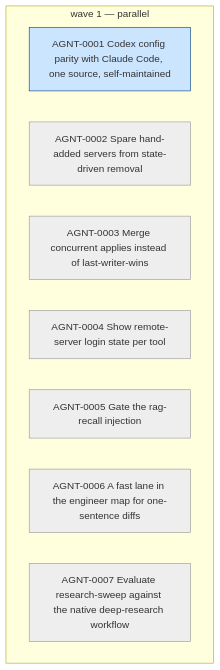
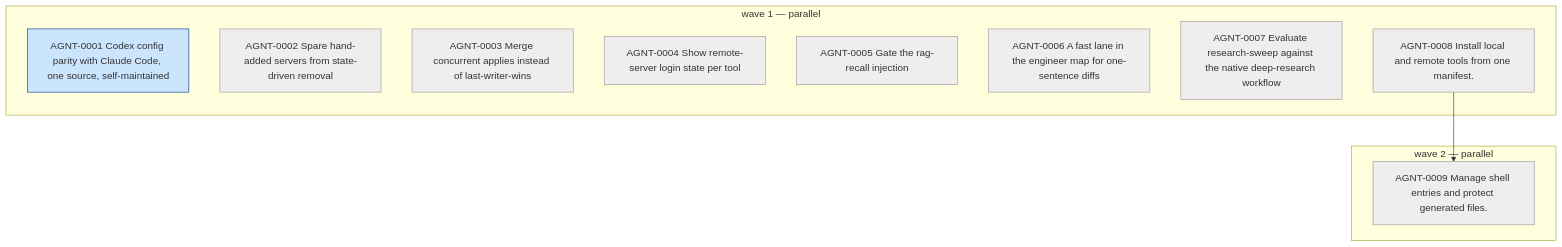
One commit to OwaisQuadri/agents changed the diagram in .map/roadmap.mmd. Above: the diagram before and after it, drawn with Mermaid. The commit also changed 2 other files, not shown here.

```diff
--- a/.map/roadmap.mmd
+++ b/.map/roadmap.mmd
@@ -1,15 +1,20 @@
 flowchart TD
   classDef todo fill:#eeeeee,stroke:#999999
   classDef inprogress fill:#fff3cd,stroke:#b8860b
   classDef resolved fill:#cce5ff,stroke:#004085
   classDef done fill:#d4edda,stroke:#155724
   classDef cancelled fill:#f8d7da,stroke:#721c24,stroke-dasharray: 5 5
   subgraph wave1 ["wave 1 — parallel"]
     AGNT_0001["AGNT-0001 Codex config parity with Claude Code, one source, self-maintained"]:::resolved
     AGNT_0002["AGNT-0002 Spare hand-added servers from state-driven removal"]:::todo
     AGNT_0003["AGNT-0003 Merge concurrent applies instead of last-writer-wins"]:::todo
     AGNT_0004["AGNT-0004 Show remote-server login state per tool"]:::todo
     AGNT_0005["AGNT-0005 Gate the rag-recall injection"]:::todo
     AGNT_0006["AGNT-0006 A fast lane in the engineer map for one-sentence diffs"]:::todo
     AGNT_0007["AGNT-0007 Evaluate research-sweep against the native deep-research workflow"]:::todo
+    AGNT_0008["AGNT-0008 Install local and remote tools from one manifest."]:::todo
   end
+  subgraph wave2 ["wave 2 — parallel"]
+    AGNT_0009["AGNT-0009 Manage shell entries and protect generated files."]:::todo
+  end
+  AGNT_0008 --> AGNT_0009
```
